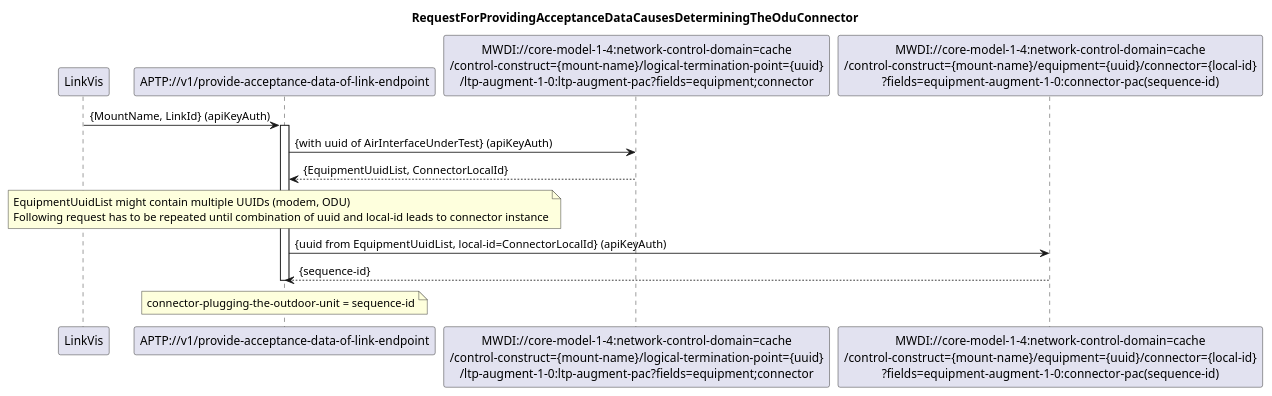
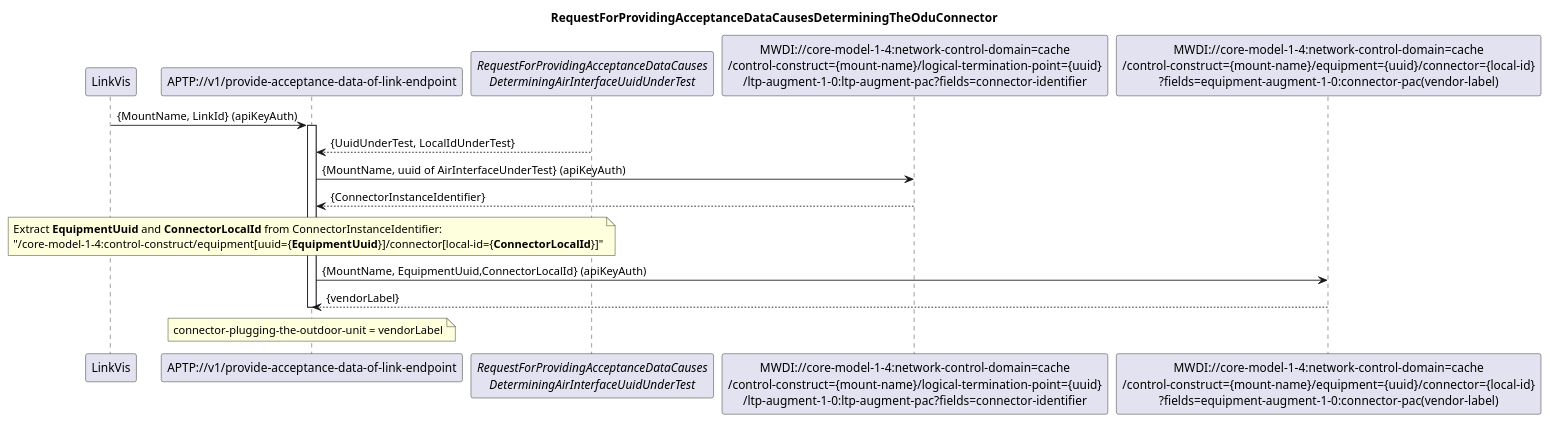
The diagram in spec/diagrams/ProvideAcceptanceDataOfLinkEndpoint/151_OduConnector.plantuml (openBackhaul/AccessPlanningToolProxy), drawn with PlantUML before and after one commit. The commit also changed 4 other files, not shown here.

Commit message:
Replace deprecated ONF equipment leafrefs with equivalent instanceIdentifiers at DeterminingTheOduConnector

```diff
--- a/spec/diagrams/ProvideAcceptanceDataOfLinkEndpoint/151_OduConnector.plantuml
+++ b/spec/diagrams/ProvideAcceptanceDataOfLinkEndpoint/151_OduConnector.plantuml
@@ -1,34 +1,37 @@
 @startuml 151_OduConnector
 skinparam responseMessageBelowArrow true
 
 title
 RequestForProvidingAcceptanceDataCausesDeterminingTheOduConnector
 end title
 
 participant "LinkVis" as LinkVis
 participant "APTP://v1/provide-acceptance-data-of-link-endpoint" as APTP
-participant "MWDI://core-model-1-4:network-control-domain=cache\n/control-construct={mount-name}/logical-termination-point={uuid}\n/ltp-augment-1-0:ltp-augment-pac?fields=equipment;connector" as ConnectorId
-participant "MWDI://core-model-1-4:network-control-domain=cache\n/control-construct={mount-name}/equipment={uuid}/connector={local-id}\n?fields=equipment-augment-1-0:connector-pac(sequence-id)" as ConnectorNumber
+participant "<i>RequestForProvidingAcceptanceDataCauses\n<i>DeterminingAirInterfaceUuidUnderTest</i>" as AirInterface
+participant "MWDI://core-model-1-4:network-control-domain=cache\n/control-construct={mount-name}/logical-termination-point={uuid}\n/ltp-augment-1-0:ltp-augment-pac?fields=connector-identifier" as ConnectorId
+participant "MWDI://core-model-1-4:network-control-domain=cache\n/control-construct={mount-name}/equipment={uuid}/connector={local-id}\n?fields=equipment-augment-1-0:connector-pac(vendor-label)" as ConnectorLabel
 
 
 LinkVis -> APTP: {MountName, LinkId} (apiKeyAuth)
 activate APTP
 
-APTP -> ConnectorId: {with uuid of AirInterfaceUnderTest} (apiKeyAuth)
-ConnectorId --> APTP: {EquipmentUuidList, ConnectorLocalId}
+AirInterface --> APTP: {UuidUnderTest, LocalIdUnderTest}
+
+APTP -> ConnectorId: {MountName, uuid of AirInterfaceUnderTest} (apiKeyAuth)
+ConnectorId --> APTP: {ConnectorInstanceIdentifier}
 
 note over APTP
-EquipmentUuidList might contain multiple UUIDs (modem, ODU)
-Following request has to be repeated until combination of uuid and local-id leads to connector instance
+    Extract **EquipmentUuid** and **ConnectorLocalId** from ConnectorInstanceIdentifier:
+    "/core-model-1-4:control-construct/equipment[uuid={**EquipmentUuid**}]/connector[local-id={**ConnectorLocalId**}]"
 end note
 
-APTP -> ConnectorNumber: {uuid from EquipmentUuidList, local-id=ConnectorLocalId} (apiKeyAuth)
-ConnectorNumber --> APTP: {sequence-id}
+APTP -> ConnectorLabel: {MountName, EquipmentUuid,ConnectorLocalId} (apiKeyAuth)
+ConnectorLabel --> APTP: {vendorLabel}
 
 note over APTP
-connector-plugging-the-outdoor-unit = sequence-id
+connector-plugging-the-outdoor-unit = vendorLabel
 end note
 
 deactivate APTP
 
 @enduml
```
